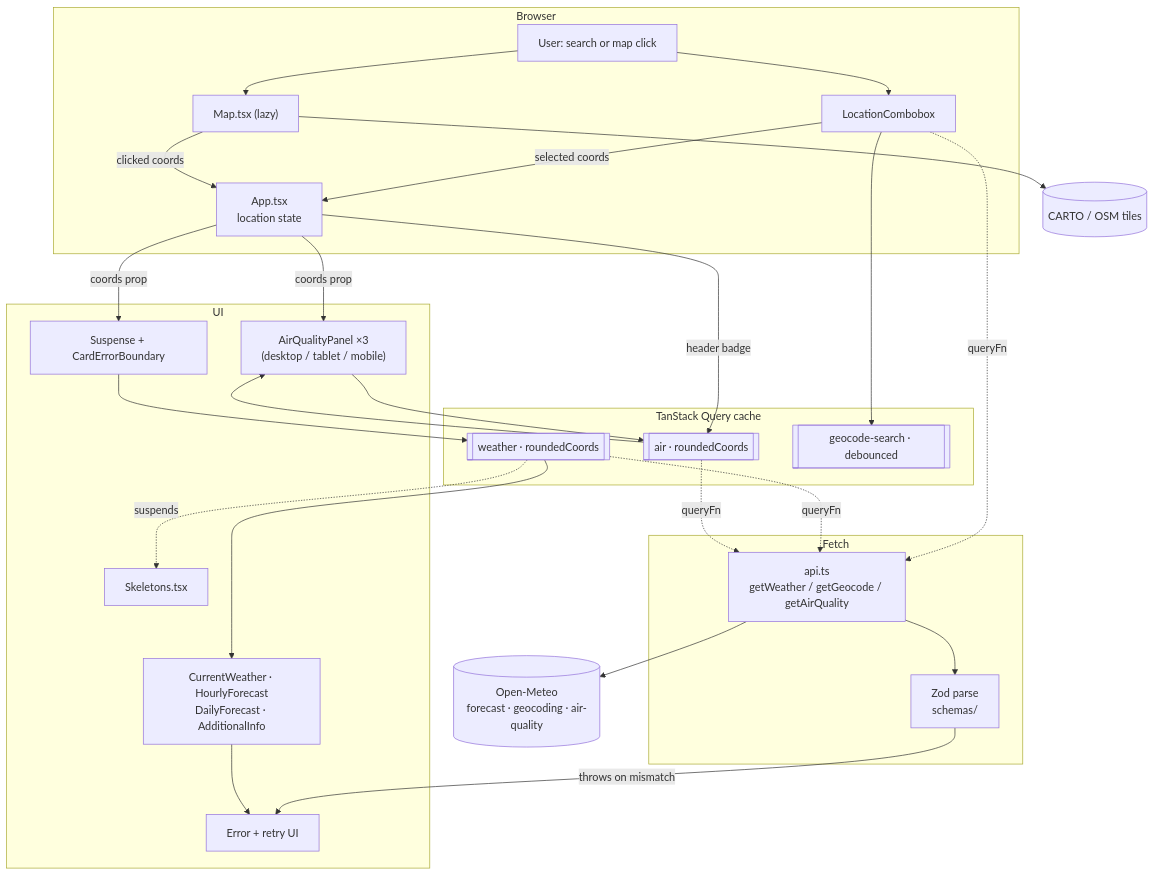
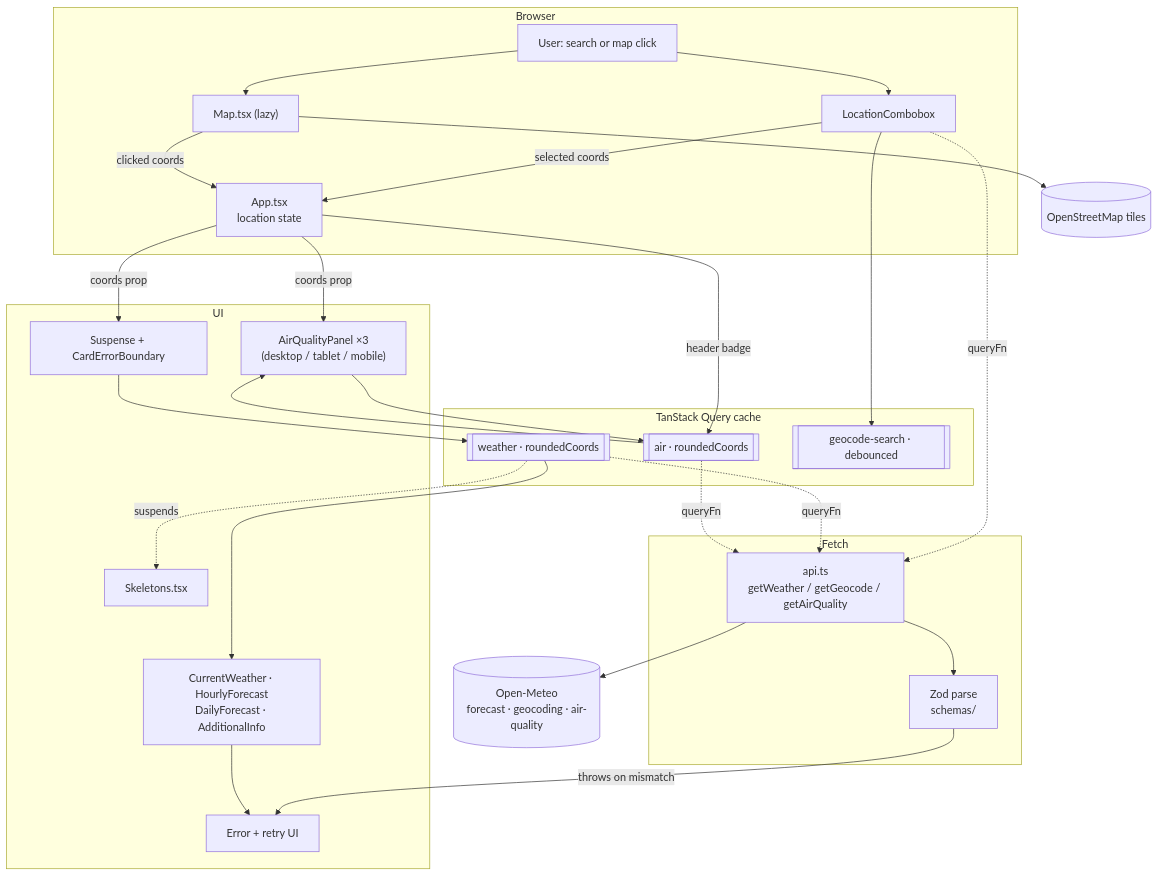
One commit to devBuku/Atmos changed the diagram in docs/ARCHITECTURE.md. Above: the diagram before and after it, drawn with Mermaid. The commit also changed 9 other files, not shown here.

First line of the commit message:
refactor(map): use OpenStreetMap standard tiles instead of CARTO basemaps

````diff
--- a/docs/ARCHITECTURE.md
+++ b/docs/ARCHITECTURE.md
@@ -66,57 +66,57 @@
 ```mermaid
 flowchart TD
     subgraph Browser
         User[User: search or map click]
         App["App.tsx<br/>location state"]
         Combobox["LocationCombobox"]
         Map["Map.tsx (lazy)"]
     end
 
     subgraph Fetch
         API["api.ts<br/>getWeather / getGeocode / getAirQuality"]
         Schema["Zod parse<br/>schemas/"]
     end
 
     subgraph Cache ["TanStack Query cache"]
         WQ[["weather · roundedCoords"]]
         AQ[["air · roundedCoords"]]
         GQ[["geocode-search · debounced"]]
     end
 
     subgraph UI
         Susp["Suspense + CardErrorBoundary"]
         Cards["CurrentWeather · HourlyForecast<br/>DailyForecast · AdditionalInfo"]
         AQPanel["AirQualityPanel ×3<br/>(desktop / tablet / mobile)"]
         Skeletons["Skeletons.tsx"]
         ErrUI["Error + retry UI"]
     end
 
     OM[("Open-Meteo<br/>forecast · geocoding · air-quality")]
-    Tiles[("CARTO / OSM tiles")]
+    Tiles[("OpenStreetMap tiles")]
 
     User --> Combobox
     User --> Map
     Combobox -->|"selected coords"| App
     Map -->|"clicked coords"| App
     App -->|"coords prop"| Susp
     App -->|"coords prop"| AQPanel
 
     Combobox --> GQ
     Combobox -.->|"queryFn"| API
     Susp --> WQ
     AQPanel --> AQ
     App -->|"header badge"| AQ
 
     WQ -.->|"queryFn"| API
     AQ -.->|"queryFn"| API
     API --> OM
     API --> Schema
     Schema -->|"throws on mismatch"| ErrUI
 
     WQ --> Cards
     WQ -.->|"suspends"| Skeletons
     Cards --> ErrUI
     AQ --> AQPanel
 
     Map --> Tiles
 ```
````
